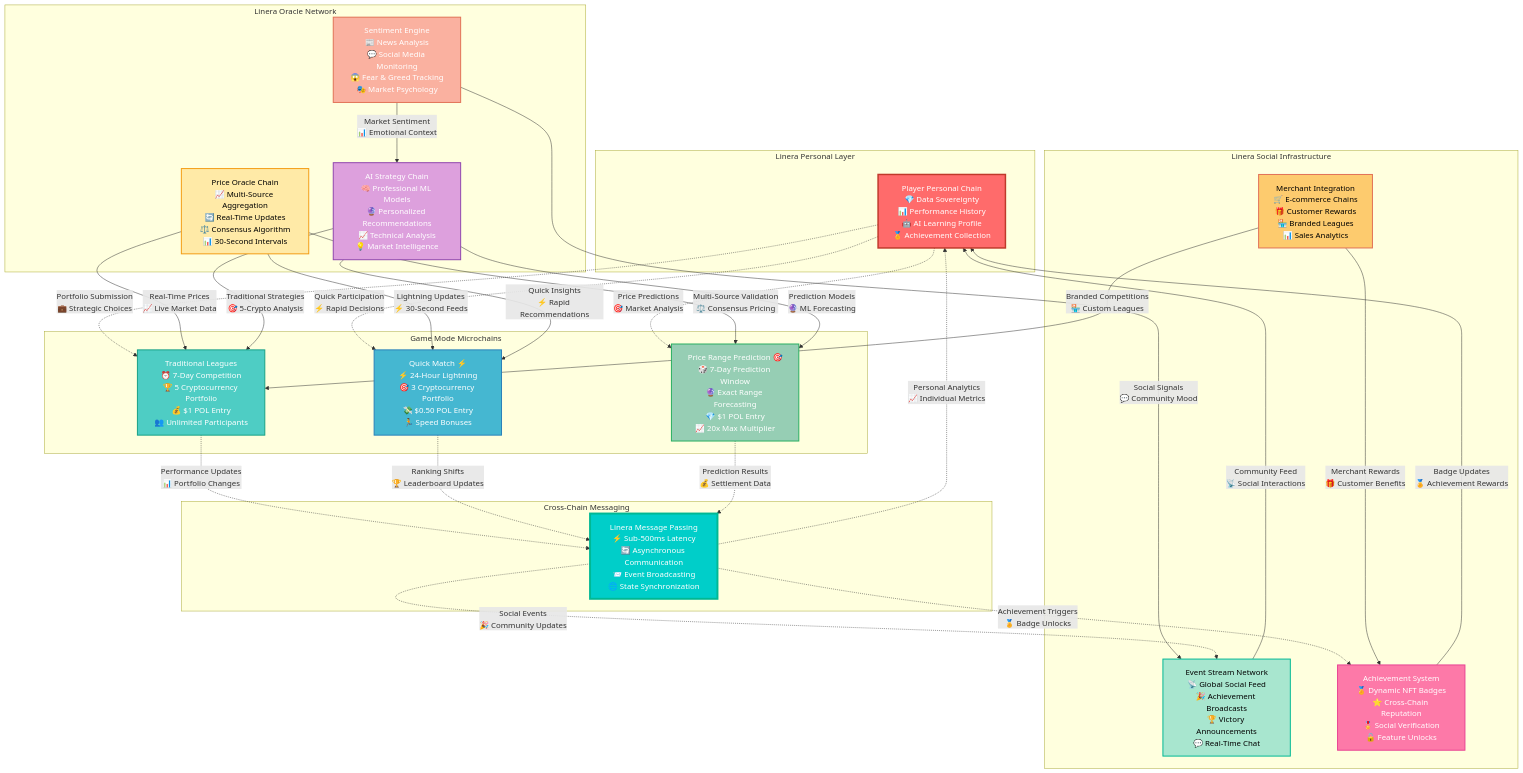
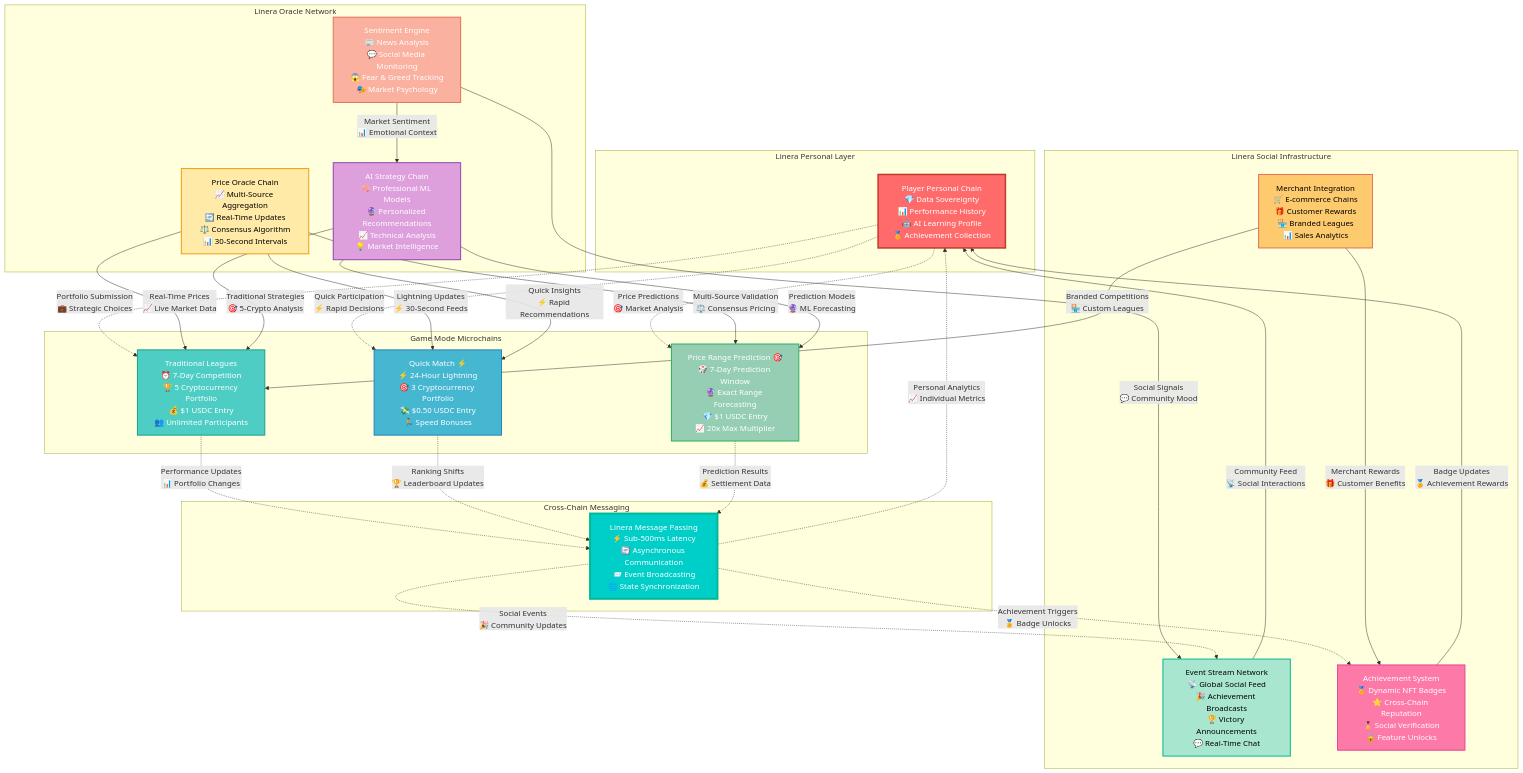
One commit to adetyaz/coindrafts-linera changed the diagram in docs/game-modes/overview.md. Above: the diagram before and after it, drawn with Mermaid. The commit also changed other lines of this file and 10 other files, not shown here.

````diff
--- a/docs/game-modes/overview.md
+++ b/docs/game-modes/overview.md
@@ -11,73 +11,73 @@
 ```mermaid
 graph TB
     subgraph "Linera Personal Layer"
         PC[Player Personal Chain<br/>💎 Data Sovereignty<br/>📊 Performance History<br/>🤖 AI Learning Profile<br/>🏅 Achievement Collection]
     end
 
     subgraph "Game Mode Microchains"
-        TL[Traditional Leagues<br/>⏰ 7-Day Competition<br/>🏆 5 Cryptocurrency Portfolio<br/>💰 $1 POL Entry<br/>👥 Unlimited Participants]
-        QM[Quick Match ⚡<br/>⚡ 24-Hour Lightning<br/>🎯 3 Cryptocurrency Portfolio<br/>💸 $0.50 POL Entry<br/>🏃 Speed Bonuses]
-        PR[Price Range Prediction 🎯<br/>🎲 7-Day Prediction Window<br/>🔮 Exact Range Forecasting<br/>💎 $1 POL Entry<br/>📈 20x Max Multiplier]
+        TL[Traditional Leagues<br/>⏰ 7-Day Competition<br/>🏆 5 Cryptocurrency Portfolio<br/>💰 $1 USDC Entry<br/>👥 Unlimited Participants]
+        QM[Quick Match ⚡<br/>⚡ 24-Hour Lightning<br/>🎯 3 Cryptocurrency Portfolio<br/>💸 $0.50 USDC Entry<br/>🏃 Speed Bonuses]
+        PR[Price Range Prediction 🎯<br/>🎲 7-Day Prediction Window<br/>🔮 Exact Range Forecasting<br/>💎 $1 USDC Entry<br/>📈 20x Max Multiplier]
     end
 
     subgraph "Linera Oracle Network"
         PO[Price Oracle Chain<br/>📈 Multi-Source Aggregation<br/>🔄 Real-Time Updates<br/>⚖️ Consensus Algorithm<br/>📊 30-Second Intervals]
         AI[AI Strategy Chain<br/>🧠 Professional ML Models<br/>🔮 Personalized Recommendations<br/>📈 Technical Analysis<br/>💡 Market Intelligence]
         SE[Sentiment Engine<br/>📰 News Analysis<br/>💬 Social Media Monitoring<br/>😱 Fear & Greed Tracking<br/>🎭 Market Psychology]
     end
 
     subgraph "Linera Social Infrastructure"
         ES[Event Stream Network<br/>📡 Global Social Feed<br/>🎉 Achievement Broadcasts<br/>🏆 Victory Announcements<br/>💬 Real-Time Chat]
         AC[Achievement System<br/>🏅 Dynamic NFT Badges<br/>⭐ Cross-Chain Reputation<br/>🎖️ Social Verification<br/>🔓 Feature Unlocks]
         MC[Merchant Integration<br/>🛒 E-commerce Chains<br/>🎁 Customer Rewards<br/>🏪 Branded Leagues<br/>📊 Sales Analytics]
     end
 
     subgraph "Cross-Chain Messaging"
         CCM[Linera Message Passing<br/>⚡ Sub-500ms Latency<br/>🔄 Asynchronous Communication<br/>📨 Event Broadcasting<br/>🌐 State Synchronization]
     end
 
     %% Player to Game Mode Connections
     PC -.->|Portfolio Submission<br/>💼 Strategic Choices| TL
     PC -.->|Quick Participation<br/>⚡ Rapid Decisions| QM
     PC -.->|Price Predictions<br/>🎯 Market Analysis| PR
 
     %% Oracle Distribution to Game Modes
     PO -->|Real-Time Prices<br/>📈 Live Market Data| TL
     PO -->|Lightning Updates<br/>⚡ 30-Second Feeds| QM
     PO -->|Multi-Source Validation<br/>⚖️ Consensus Pricing| PR
 
     AI -->|Traditional Strategies<br/>🎯 5-Crypto Analysis| TL
     AI -->|Quick Insights<br/>⚡ Rapid Recommendations| QM
     AI -->|Prediction Models<br/>🔮 ML Forecasting| PR
 
     SE -->|Market Sentiment<br/>📊 Emotional Context| AI
     SE -->|Social Signals<br/>💬 Community Mood| ES
 
     %% Cross-Chain Communication Flow
     TL -.->|Performance Updates<br/>📊 Portfolio Changes| CCM
     QM -.->|Ranking Shifts<br/>🏆 Leaderboard Updates| CCM
     PR -.->|Prediction Results<br/>💰 Settlement Data| CCM
 
     CCM -.->|Personal Analytics<br/>📈 Individual Metrics| PC
     CCM -.->|Achievement Triggers<br/>🏅 Badge Unlocks| AC
     CCM -.->|Social Events<br/>🎉 Community Updates| ES
 
     %% Social & Achievement Integration
     AC -->|Badge Updates<br/>🏅 Achievement Rewards| PC
     ES -->|Community Feed<br/>📡 Social Interactions| PC
     MC -->|Merchant Rewards<br/>🎁 Customer Benefits| AC
     MC -->|Branded Competitions<br/>🏪 Custom Leagues| TL
 
     %% Styling
     style PC fill:#ff6b6b,stroke:#c0392b,stroke-width:3px,color:#fff
     style TL fill:#4ecdc4,stroke:#16a085,stroke-width:2px,color:#fff
     style QM fill:#45b7d1,stroke:#2980b9,stroke-width:2px,color:#fff
     style PR fill:#96ceb4,stroke:#27ae60,stroke-width:2px,color:#fff
     style PO fill:#ffeaa7,stroke:#f39c12,stroke-width:2px,color:#000
     style AI fill:#dda0dd,stroke:#8e44ad,stroke-width:2px,color:#fff
     style SE fill:#fab1a0,stroke:#e17055,stroke-width:2px,color:#fff
     style ES fill:#a8e6cf,stroke:#00b894,stroke-width:2px,color:#000
     style AC fill:#fd79a8,stroke:#e84393,stroke-width:2px,color:#fff
     style MC fill:#fdcb6e,stroke:#e17055,stroke-width:2px,color:#000
     style CCM fill:#00cec9,stroke:#00b894,stroke-width:4px,color:#fff
 ```
````
